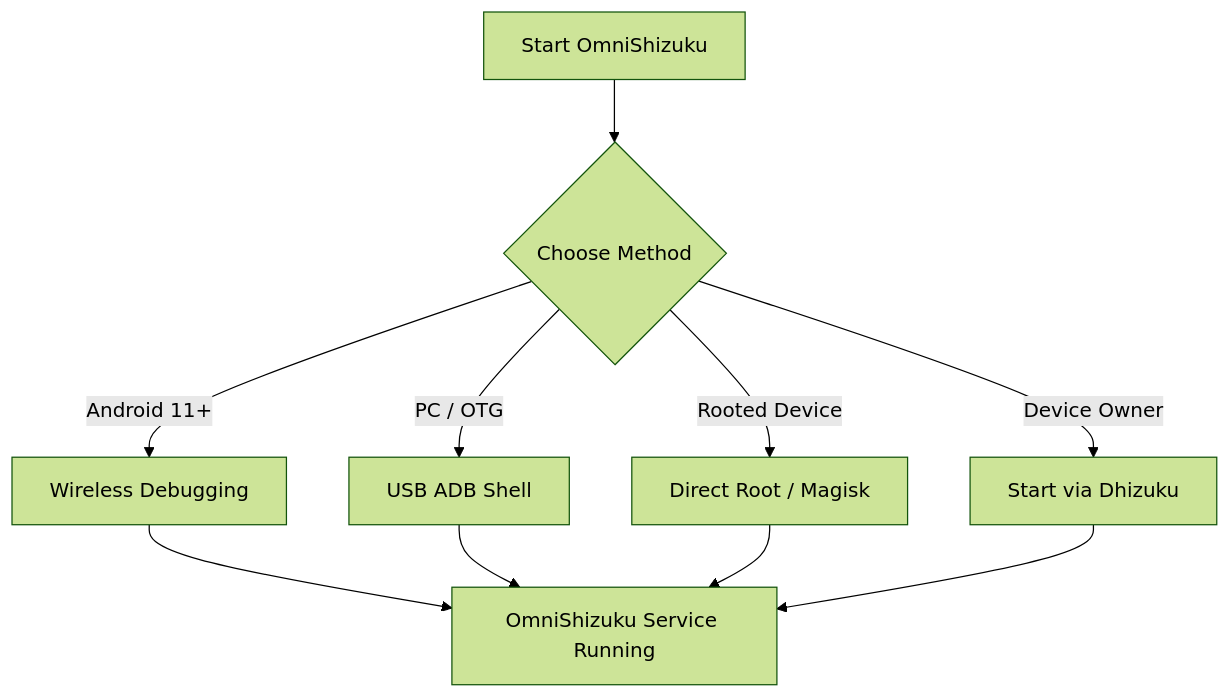
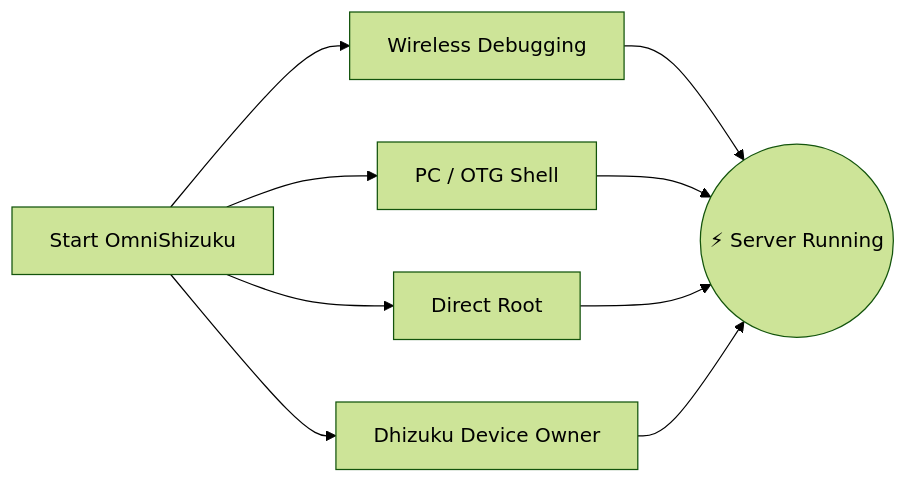
Before and after one commit to krishna3163/OmniShizuku: the diagram in README.md, drawn with Mermaid (forest theme). The commit also changed other lines of this file, not shown here.

````diff
--- a/README.md
+++ b/README.md
@@ -127,12 +130,11 @@
 ```mermaid
-graph TD
-    A[Start OmniShizuku] --> B{Choose Method}
-    B -->|Android 11+| C[Wireless Debugging]
-    B -->|PC / OTG| D[USB ADB Shell]
-    B -->|Rooted Device| E[Direct Root / Magisk]
-    B -->|Device Owner| F[Start via Dhizuku]
-    C --> G[OmniShizuku Service Running]
-    D --> G
-    E --> G
-    F --> G
+graph LR
+    A[Start OmniShizuku] --> B[Wireless Debugging]
+    A --> C[PC / OTG Shell]
+    A --> D[Direct Root]
+    A --> E[Dhizuku Device Owner]
+    B --> F((⚡ Server Running))
+    C --> F
+    D --> F
+    E --> F
 ```
````
